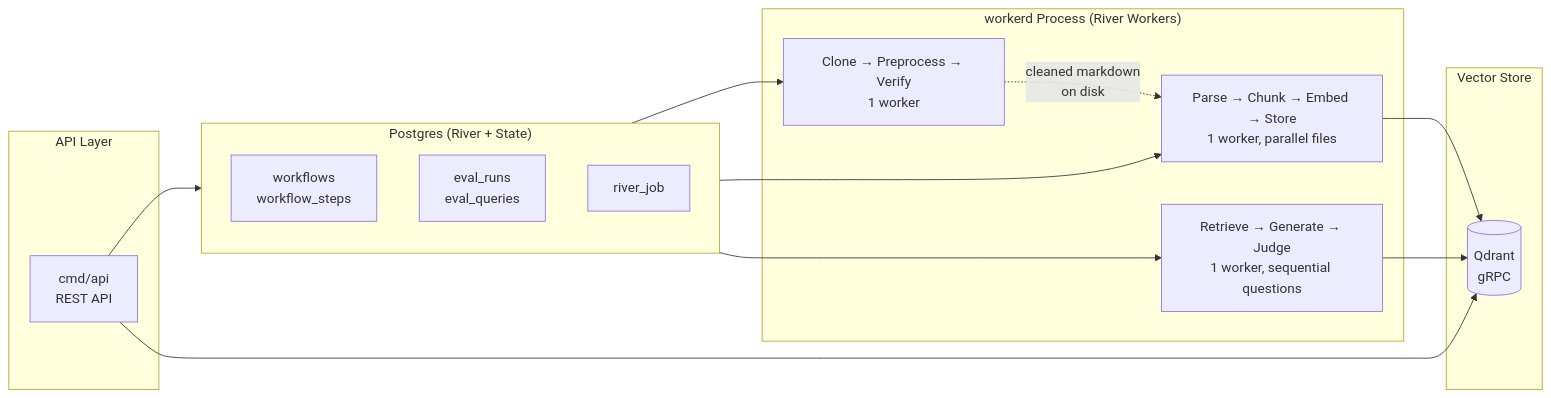
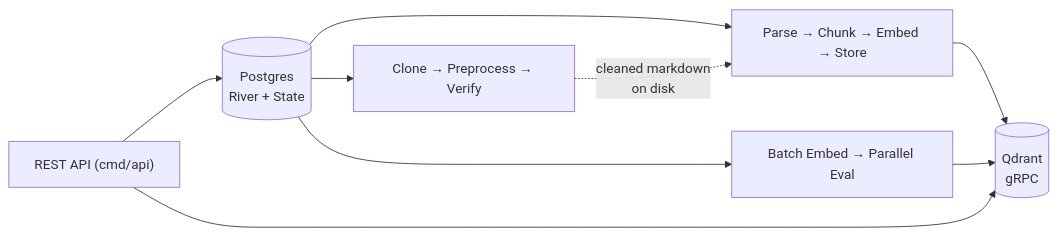
One commit to kaushik2901/raglab changed the diagram in README.md. Above: the diagram before and after it, drawn with Mermaid. The commit also changed other lines of this file and 1 other file, not shown here.

````diff
--- a/README.md
+++ b/README.md
@@ -9,31 +28,11 @@
 ```mermaid
 flowchart LR
-    subgraph API["API Layer"]
-        API_SERVER[cmd/api<br/>REST API]
-    end
-
-    subgraph PG["Postgres (River + State)"]
-        WF[workflows<br/>workflow_steps]
-        ER[eval_runs<br/>eval_queries]
-        RJ[river_job]
-    end
-
-    subgraph WORKER["workerd Process (River Workers)"]
-        PREW[Clone → Preprocess → Verify<br/>1 worker]
-        INDW[Parse → Chunk → Embed → Store<br/>1 worker, parallel files]
-        EVALW[Retrieve → Generate → Judge<br/>1 worker, sequential questions]
-    end
-
-    subgraph STORE["Vector Store"]
-        QDRANT[(Qdrant<br/>gRPC)]
-    end
-
-    API_SERVER --> PG
-    PG --> PREW
-    PG --> INDW
-    PG --> EVALW
-    INDW --> QDRANT
+    API["REST API (cmd/api)"] --> PG[("Postgres<br/>River + State")]
+    PG --> PREW["Clone → Preprocess → Verify"]
+    PG --> INDW["Parse → Chunk → Embed → Store"]
+    PG --> EVALW["Batch Embed → Parallel Eval"]
+    INDW --> QDRANT[("Qdrant<br/>gRPC")]
     PREW -.->|cleaned markdown<br/>on disk| INDW
     EVALW --> QDRANT
-    API_SERVER --> QDRANT
+    API --> QDRANT
 ```
````
